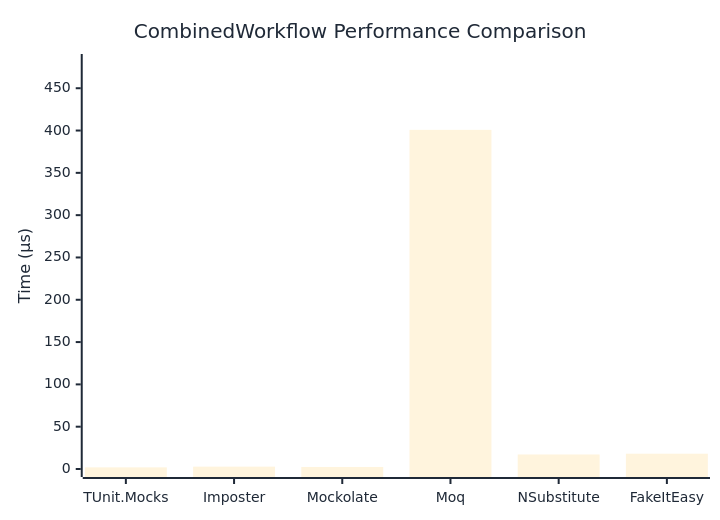
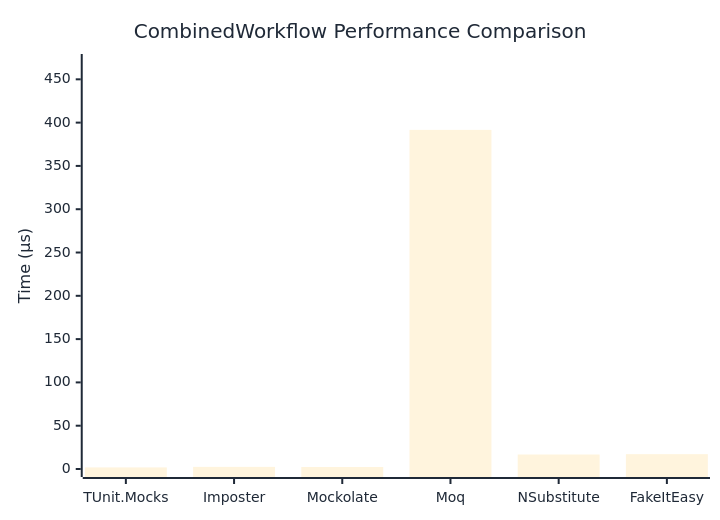
One commit to thomhurst/TUnit changed the diagram in docs/docs/benchmarks/mocks/CombinedWorkflow.md. Above: the diagram before and after it, drawn with Mermaid. The commit also changed other lines of this file and 14 other files, not shown here.

````diff
--- a/docs/docs/benchmarks/mocks/CombinedWorkflow.md
+++ b/docs/docs/benchmarks/mocks/CombinedWorkflow.md
@@ -28,27 +28,27 @@
 ```mermaid
 %%{init: {
   'theme':'base',
   'themeVariables': {
     'primaryColor': '#2563eb',
     'primaryTextColor': '#1f2937',
     'primaryBorderColor': '#1e40af',
     'lineColor': '#6b7280',
     'secondaryColor': '#7c3aed',
     'tertiaryColor': '#dc2626',
     'background': '#ffffff',
     'pie1': '#2563eb',
     'pie2': '#7c3aed',
     'pie3': '#dc2626',
     'pie4': '#f59e0b',
     'pie5': '#10b981',
     'pie6': '#06b6d4',
     'pie7': '#ec4899',
     'pie8': '#6366f1'
   }
 }}%%
 xychart-beta
   title "CombinedWorkflow Performance Comparison"
   x-axis ["TUnit.Mocks", "Imposter", "Mockolate", "Moq", "NSubstitute", "FakeItEasy"]
-  y-axis "Time (μs)" 0 --> 481
-  bar [1.948, 2.768, 2.413, 400.825, 17.156, 18.087]
+  y-axis "Time (μs)" 0 --> 470
+  bar [1.84, 2.452, 2.303, 391.608, 16.725, 17.122]
 ```
````
